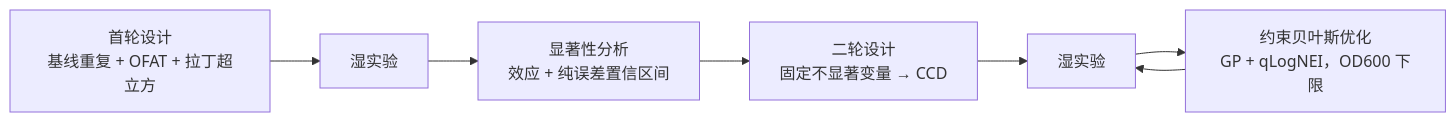
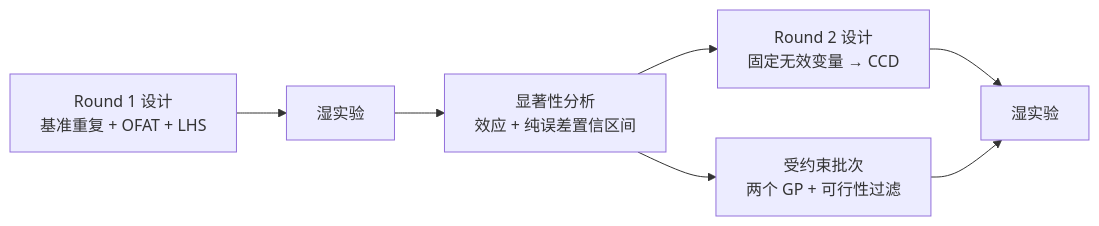
The diagram in README.zh.md (77652189/ExperimentAdvisor), drawn with Mermaid before and after one commit. The commit also changed other lines of this file and 6 other files, not shown here.

````diff
--- a/README.zh.md
+++ b/README.zh.md
@@ -14,11 +49,12 @@
 ```mermaid
 flowchart LR
-  R1["首轮设计<br/>基线重复 + OFAT + 拉丁超立方"]
+  R1["Round 1 设计<br/>基准重复 + OFAT + LHS"]
   RUN1[湿实验]
   SIG["显著性分析<br/>效应 + 纯误差置信区间"]
-  R2["二轮设计<br/>固定不显著变量 → CCD"]
-  BO["约束贝叶斯优化<br/>GP + qLogNEI，OD600 下限"]
+  R2["Round 2 设计<br/>固定无效变量 → CCD"]
+  BO["受约束批次<br/>两个 GP + 可行性过滤"]
   RUN2[湿实验]
 
-  R1 --> RUN1 --> SIG --> R2 --> RUN2 --> BO --> RUN2
+  R1 --> RUN1 --> SIG --> R2 --> RUN2
+  SIG --> BO --> RUN2
 ```
````
